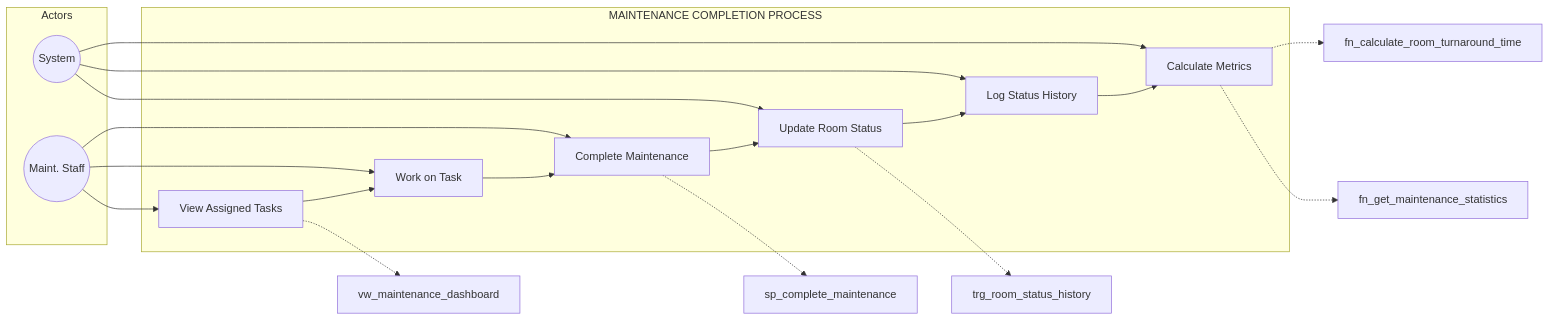
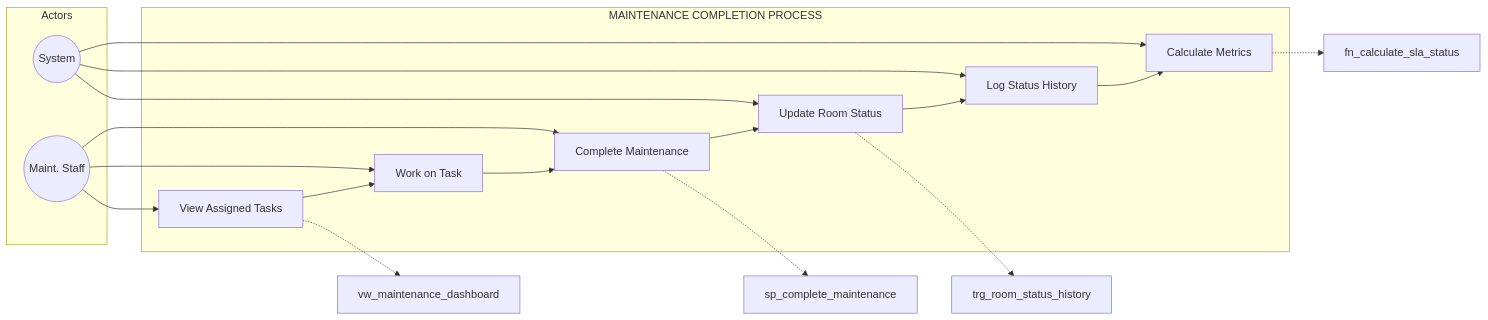
Before and after one commit to LoudlyDawn2108/FantasticHotel: diagram 13 of 15 in MEMBER_BUSINESS_PROCESS_VERIFICATION.md, drawn with Mermaid. The commit also changed other lines of this file and 4 other files, not shown here.

Commit message:
Refactor Tung functions: create fn_calculate_sla_status used in view, update docs, remove cursor_procedures

````diff
--- a/MEMBER_BUSINESS_PROCESS_VERIFICATION.md
+++ b/MEMBER_BUSINESS_PROCESS_VERIFICATION.md
@@ -602,28 +602,27 @@
 ```mermaid
 flowchart LR
     subgraph Actors
         A1((Maint. Staff))
         A2((System))
     end
     
     subgraph "MAINTENANCE COMPLETION PROCESS"
         S1[View Assigned Tasks] --> S2[Work on Task]
         S2 --> S3[Complete Maintenance]
         S3 --> S4[Update Room Status]
         S4 --> S5[Log Status History]
         S5 --> S6[Calculate Metrics]
     end
     
     A1 --> S1
     A1 --> S2
     A1 --> S3
     A2 --> S4
     A2 --> S5
     A2 --> S6
     
     S1 -.-> O1[vw_maintenance_dashboard]
     S3 -.-> O2[sp_complete_maintenance]
     S4 -.-> O3[trg_room_status_history]
-    S6 -.-> O4[fn_calculate_room_turnaround_time]
-    S6 -.-> O5[fn_get_maintenance_statistics]
+    S6 -.-> O4[fn_calculate_sla_status]
 ```
````
